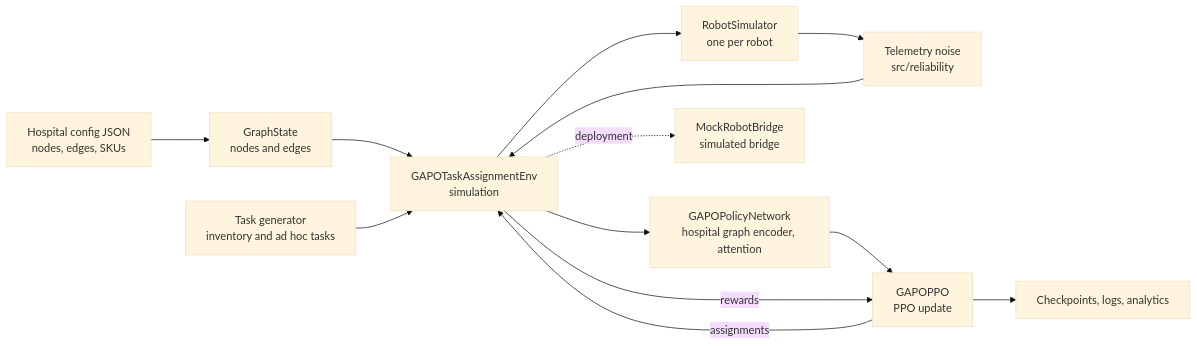
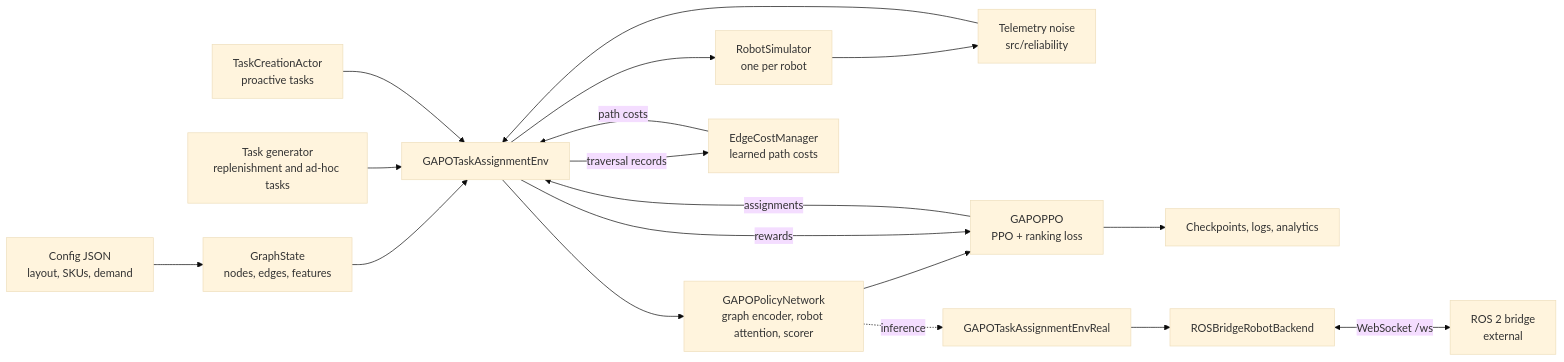
The diagram in README.md (nikhilr2907/CareAI), drawn with Mermaid (base theme) before and after one commit. The commit also changed other lines of this file, not shown here.

````diff
--- a/README.md
+++ b/README.md
@@ -19,15 +21,20 @@
 ```mermaid
 flowchart LR
-    CFG[Hospital config JSON<br/>nodes, edges, SKUs] --> GS[GraphState<br/>nodes and edges]
-    GS --> ENV[GAPOTaskAssignmentEnv<br/>simulation]
-    TG[Task generator<br/>inventory and ad hoc tasks] --> ENV
+    CFG[Config JSON<br/>layout, SKUs, demand] --> GS[GraphState<br/>nodes, edges, features]
+    GS --> ENV[GAPOTaskAssignmentEnv]
+    TG[Task generator<br/>replenishment and ad-hoc tasks] --> ENV
+    TCA[TaskCreationActor<br/>proactive tasks] --> ENV
     ENV --> SIM[RobotSimulator<br/>one per robot]
     SIM --> NOISE[Telemetry noise<br/>src/reliability]
     NOISE --> ENV
-    ENV --> POL[GAPOPolicyNetwork<br/>hospital graph encoder, attention]
-    POL --> PPO[GAPOPPO<br/>PPO update]
+    ENV --> POL[GAPOPolicyNetwork<br/>graph encoder, robot attention, scorer]
+    POL --> PPO[GAPOPPO<br/>PPO + ranking loss]
     PPO -->|assignments| ENV
     ENV -->|rewards| PPO
+    ENV -->|traversal records| EC[EdgeCostManager<br/>learned path costs]
+    EC -->|path costs| ENV
     PPO --> OUT[Checkpoints, logs, analytics]
-    ENV -.->|deployment| BR[MockRobotBridge<br/>simulated bridge]
+    POL -.->|inference| ENVR[GAPOTaskAssignmentEnvReal]
+    ENVR --> BE[ROSBridgeRobotBackend]
+    BE <-->|WebSocket /ws| ROS[ROS 2 bridge<br/>external]
 ```
````
